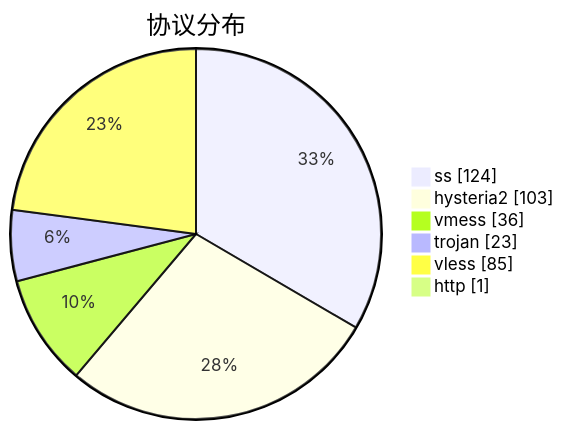
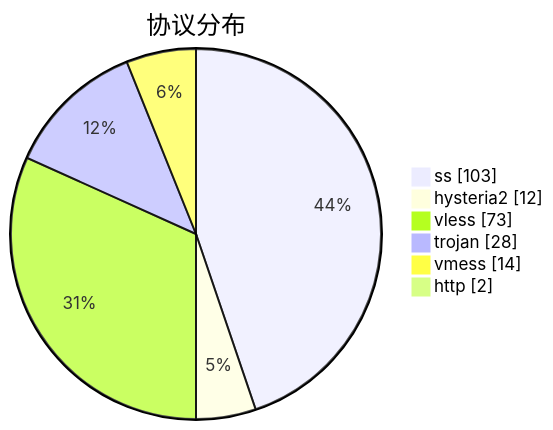
Before and after one commit to sinspired/airport: the third of 3 diagrams in subs/statistics/tested_within.md, drawn with Mermaid. The commit also changed other lines of this file and 2 other files, not shown here.

````diff
--- a/subs/statistics/tested_within.md
+++ b/subs/statistics/tested_within.md
@@ -51,10 +45,10 @@
 ```mermaid
 pie showData
 title 协议分布
-"ss" : 124
-"hysteria2" : 103
-"vmess" : 36
-"trojan" : 23
-"vless" : 85
-"http" : 1
+"ss" : 103
+"hysteria2" : 12
+"vless" : 73
+"trojan" : 28
+"vmess" : 14
+"http" : 2
 ```
````
